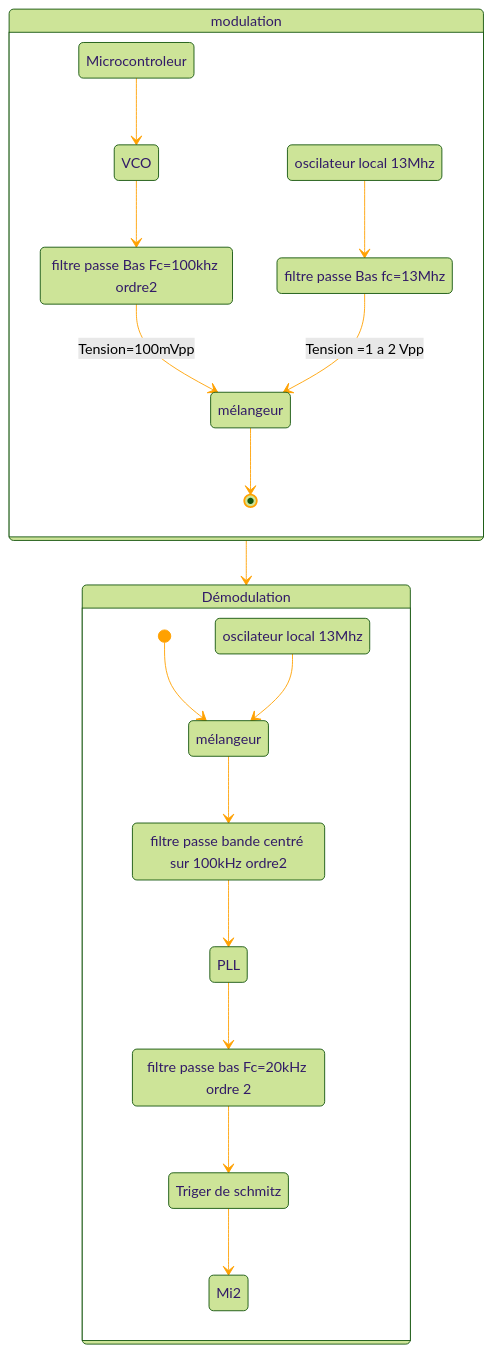
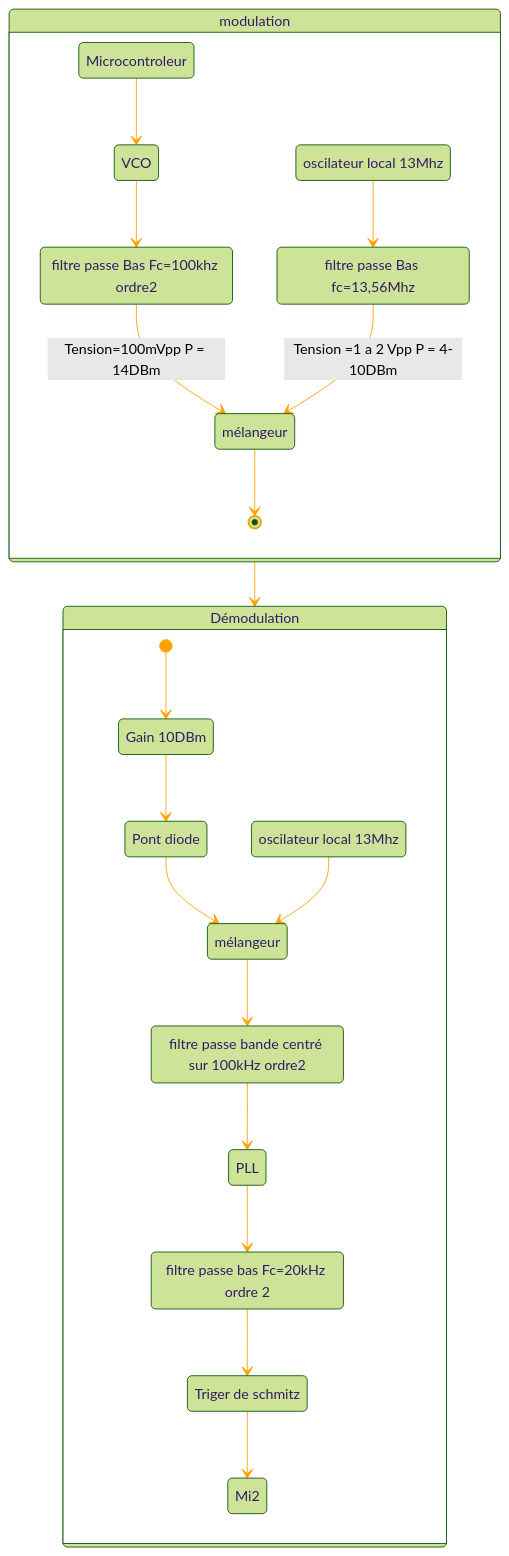
One commit to mg-mods/iut-lyon1-but-geii-sae-6 changed the diagram in HF/ReadMe.md. Above: the diagram before and after it, drawn with Mermaid. The commit also changed other lines of this file and 7 other files, not shown here.

````diff
--- a/HF/ReadMe.md
+++ b/HF/ReadMe.md
@@ -5,55 +13,58 @@
 ```mermaid
 ---
 config:
   theme: forest
   themeVariables:
     lineColor: '#FFA100'
 
 ---
 
 stateDiagram
   direction TB
   state modulation {
     direction TB
     Mi1 --> V1
     Ol1 --> PB1
     V1 --> PB2
-    PB2 --> Me1 :Tension=100mVpp
-    PB1 --> Me1 :Tension =1 a 2 Vpp
+    PB2 --> Me1 :Tension=100mVpp P = 14DBm
+    PB1 --> Me1 :Tension =1 a 2 Vpp P = 4-10DBm
     Me1 --> [*]
     Mi1
     V1
     Ol1
     PB1
     PB2
     Me1
   }
   state Démodulation {
     direction TB
-    [*] --> Me2
+    [*] --> G
+    G-->PD
+    PD --> Me2
     Ol2 --> Me2
     Me2 --> PB3
     PB3 --> PLL
     PLL --> PB4
     PB4 -->trig
      trig -->Mi2
 [*]    Me2
     Ol2
     PB3
     PLL
     Mi2
   }
   modulation --> Démodulation
   Mi1:Microcontroleur
   V1:VCO
   Ol1:oscilateur local 13Mhz
-  PB1:filtre passe Bas fc=13Mhz
+  PB1:filtre passe Bas fc=13,56Mhz
   PB2:filtre passe Bas Fc=100khz ordre2
   Me1:mélangeur
   Me2:mélangeur
   Ol2:oscilateur local 13Mhz
   PB3:filtre passe bande centré sur 100kHz ordre2
   PB4:filtre passe bas Fc=20kHz ordre 2
   trig:Triger de schmitz
-
+  PD:Pont diode
+  G:Gain 10DBm
   ```
````
